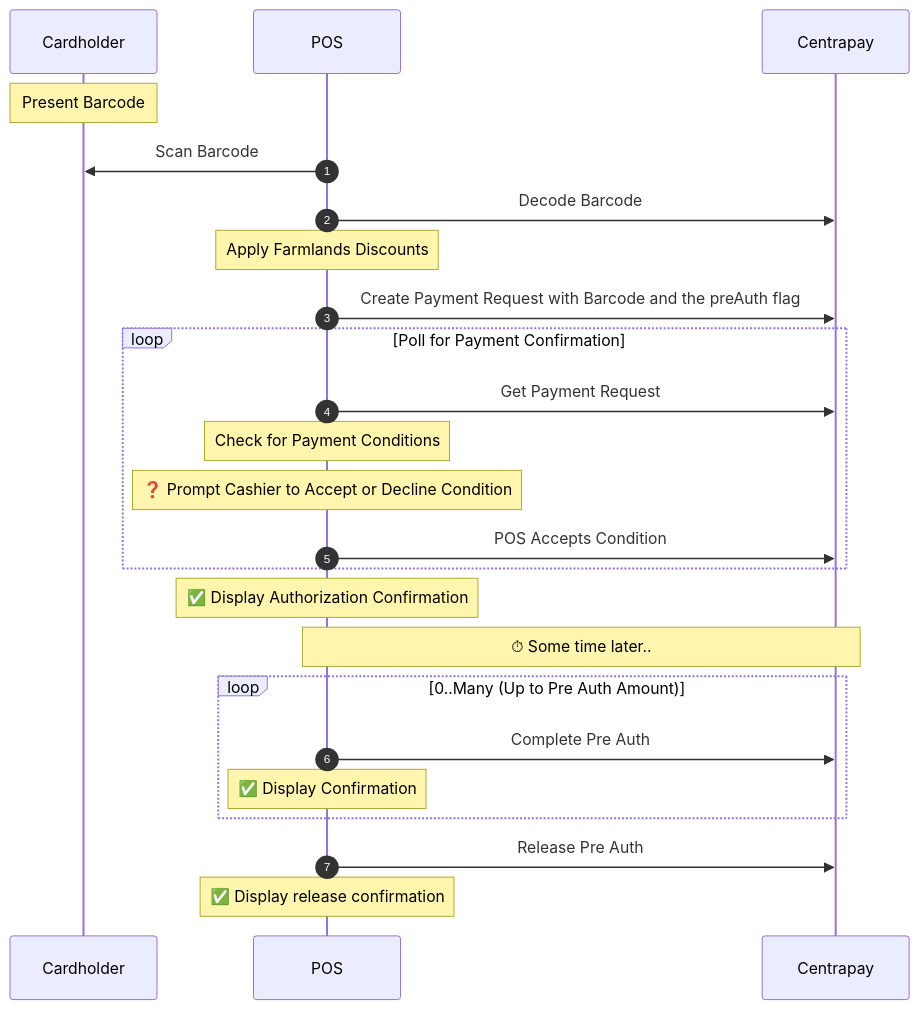
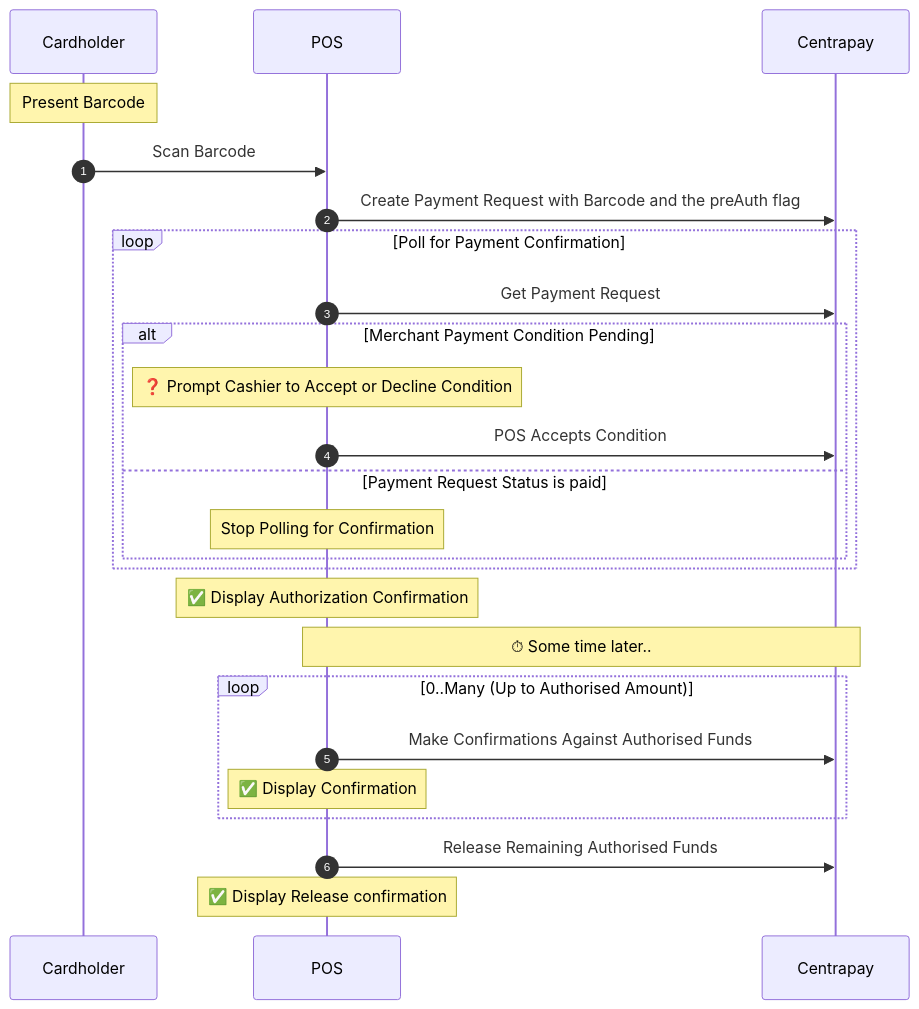
Before and after one commit to centrapay/centrapay-docs: the second of 3 diagrams in content/guides/farmlands-pos-integration.md, drawn with Mermaid. The commit also changed other lines of this file and 2 other files, not shown here.

Commit message:
Update Farmlands POS Integration Guide content 🚜

````diff
--- a/content/guides/farmlands-pos-integration.md
+++ b/content/guides/farmlands-pos-integration.md
@@ -343,39 +372,38 @@
 ```mermaid
 sequenceDiagram
 autonumber
 
-participant CH as Cardholder
+participant Cardholder
 participant POS
-participant C as Centrapay
+participant Centrapay
 
-Note over CH: Present Barcode
-POS->>CH: Scan Barcode
+Note over Cardholder: Present Barcode
+Cardholder->>POS: Scan Barcode
 
-POS->>C: Decode Barcode
-Note over POS: Apply Farmlands Discounts
-
-POS->>C: Create Payment Request with Barcode and the preAuth flag
+POS->>Centrapay: Create Payment Request with Barcode and the preAuth flag
 
 loop Poll for Payment Confirmation
-	POS->>C: Get Payment Request
+	POS->>Centrapay: Get Payment Request
 
-	note over POS: Check for Payment Conditions
-
-	note over POS: ❓ Prompt Cashier to Accept or Decline Condition
-	POS->>C: POS Accepts Condition
+	alt Merchant Payment Condition Pending
+			note over POS: ❓ Prompt Cashier to Accept or Decline Condition
+			POS->>Centrapay: POS Accepts Condition
+		else Payment Request Status is paid
+			Note over POS: Stop Polling for Confirmation
+		end
 end
 
 Note over POS: ✅ Display Authorization Confirmation
 
-Note over POS, C: ⏱ Some time later..
+Note over POS, Centrapay: ⏱ Some time later..
 
-loop 0..Many (Up to Pre Auth Amount)
-	POS->>C: Complete Pre Auth
+loop 0..Many (Up to Authorised Amount)
+	POS->>Centrapay: Make Confirmations Against Authorised Funds
 
 	Note over POS: ✅ Display Confirmation
 end
 
-POS->>C: Release Pre Auth
-Note over POS: ✅ Display release confirmation
+POS->>Centrapay: Release Remaining Authorised Funds
+Note over POS: ✅ Display Release confirmation
 
 ```
````
